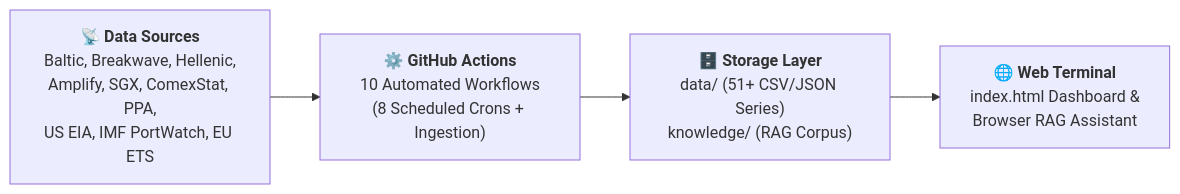
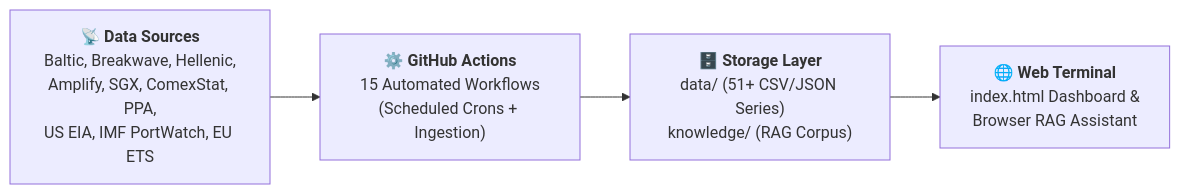
One commit to yieldchaser/Shipping changed the first of 4 diagrams in README.md. Above: the diagram before and after it, drawn with Mermaid. The commit also changed other lines of this file, not shown here.

````diff
--- a/README.md
+++ b/README.md
@@ -25,6 +25,6 @@
 ```mermaid
 flowchart LR
-    A["📡 <b>Data Sources</b><br/>Baltic, Breakwave, Hellenic,<br/>Amplify, SGX, ComexStat, PPA,<br/>US EIA, IMF PortWatch, EU ETS"] --> B["⚙️ <b>GitHub Actions</b><br/>10 Automated Workflows<br/>(8 Scheduled Crons + Ingestion)"]
+    A["📡 <b>Data Sources</b><br/>Baltic, Breakwave, Hellenic,<br/>Amplify, SGX, ComexStat, PPA,<br/>US EIA, IMF PortWatch, EU ETS"] --> B["⚙️ <b>GitHub Actions</b><br/>15 Automated Workflows<br/>(Scheduled Crons + Ingestion)"]
     B --> C["🗄️ <b>Storage Layer</b><br/>data/ (51+ CSV/JSON Series)<br/>knowledge/ (RAG Corpus)"]
     C --> D["🌐 <b>Web Terminal</b><br/>index.html Dashboard &<br/>Browser RAG Assistant"]
 ```
````
